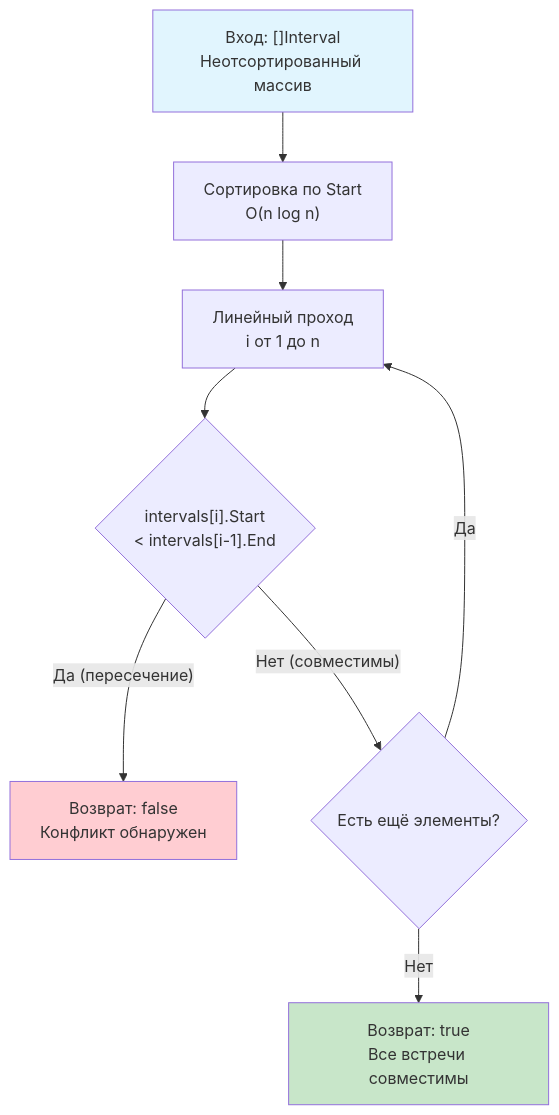
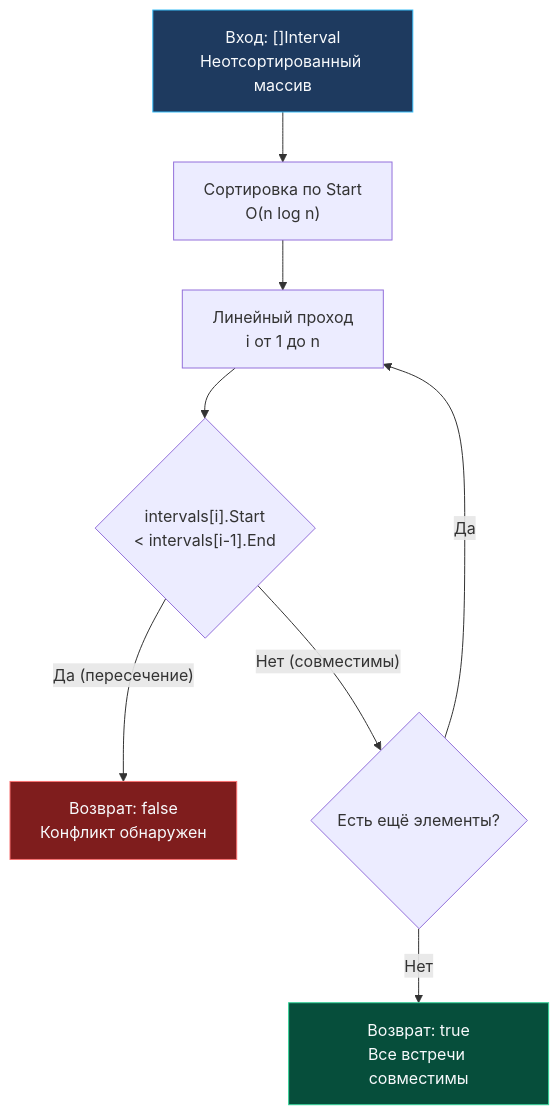
The diagram in sources/21. Задачи с LeetCode и собеседований на Go/02. Задачи/23. Интервалы/6. Meeting Rooms.md (UnrealTemplier/go-textbook), drawn with Mermaid before and after one commit. The commit also changed 310 other files, not shown here.

First line of the commit message:
fix(mermaid): replace light fill colors with dark palette for readability on dark theme

````diff
--- a/sources/21. Задачи с LeetCode и собеседований на Go/02. Задачи/23. Интервалы/6. Meeting Rooms.md
+++ b/sources/21. Задачи с LeetCode и собеседований на Go/02. Задачи/23. Интервалы/6. Meeting Rooms.md
@@ -11,14 +11,14 @@
 ```mermaid
 flowchart TD
     Start["Вход: []Interval<br>Неотсортированный массив"] --> Sort["Сортировка по Start<br>O(n log n)"]
     Sort --> Loop["Линейный проход<br>i от 1 до n"]
     Loop --> Check{"intervals[i].Start<br>< intervals[i-1].End"}
     Check -- "Да (пересечение)" --> False["Возврат: false<br>Конфликт обнаружен"]
     Check -- "Нет (совместимы)" --> Next{"Есть ещё элементы?"}
     Next -- "Да" --> Loop
     Next -- "Нет" --> True["Возврат: true<br>Все встречи совместимы"]
     
-    style Start fill:#e1f5fe
-    style True fill:#c8e6c9
-    style False fill:#ffcdd2
+    style Start fill:#1e3a5f,stroke:#38bdf8,color:#f8fafc
+    style True fill:#064e3b,stroke:#34d399,color:#f8fafc
+    style False fill:#7f1d1d,stroke:#f87171,color:#f8fafc
 ```
````
